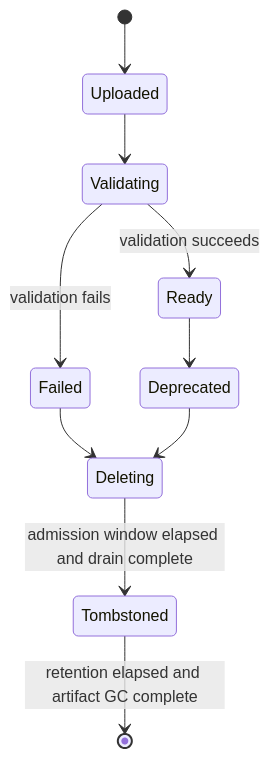
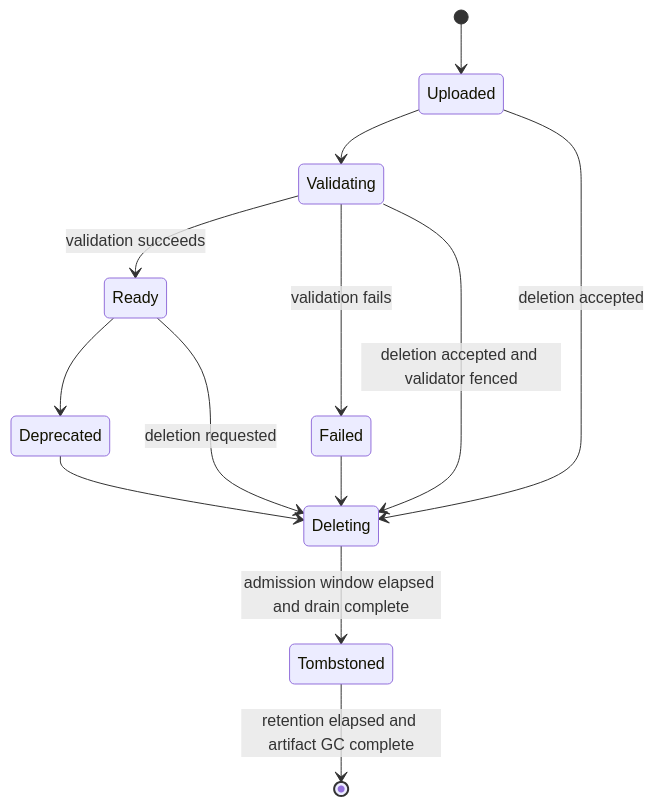
One commit to yourikka/minicloud changed the second of 12 diagrams in MiniCloud-Spec-v1.0.md. Above: the diagram before and after it, drawn with Mermaid. The commit also changed other lines of this file, not shown here.

````diff
--- a/MiniCloud-Spec-v1.0.md
+++ b/MiniCloud-Spec-v1.0.md
@@ -907,12 +978,15 @@
 ```mermaid
 stateDiagram-v2
     [*] --> Uploaded
     Uploaded --> Validating
+    Uploaded --> Deleting: deletion accepted
     Validating --> Ready: validation succeeds
     Validating --> Failed: validation fails
+    Validating --> Deleting: deletion accepted and validator fenced
     Ready --> Deprecated
+    Ready --> Deleting: deletion requested
     Failed --> Deleting
     Deprecated --> Deleting
     Deleting --> Tombstoned: admission window elapsed and drain complete
     Tombstoned --> [*]: retention elapsed and artifact GC complete
 ```
````
